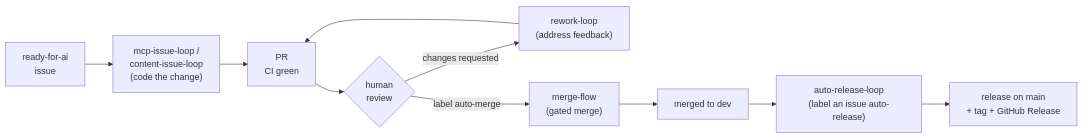
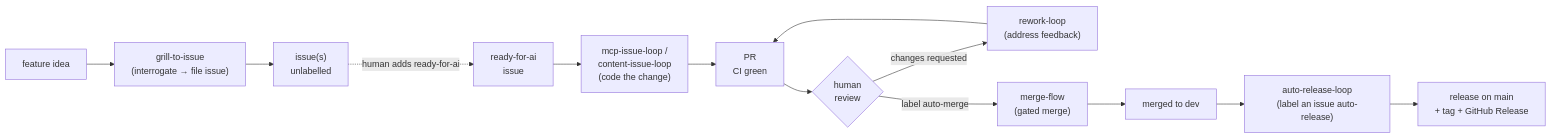
The first of 3 diagrams in docs/self-learning-system.md (hifi-phil/umbraco-mcp-ops), drawn with Mermaid before and after one commit. The commit also changed other lines of this file and 4 other files, not shown here.

````diff
--- a/docs/self-learning-system.md
+++ b/docs/self-learning-system.md
@@ -12,12 +12,15 @@
 ```mermaid
 flowchart LR
+    IDEA["feature idea"] --> GRILL["grill-to-issue<br/>(interrogate → file issue)"]
+    GRILL --> UNLABELLED["issue(s)<br/>unlabelled"]
+    UNLABELLED -. "human adds ready-for-ai" .-> ISSUE
     ISSUE["ready-for-ai<br/>issue"] --> CODE["mcp-issue-loop /<br/>content-issue-loop<br/>(code the change)"]
     CODE --> PR["PR<br/>CI green"]
     PR --> REVIEW{"human<br/>review"}
     REVIEW -->|"changes requested"| REWORK["rework-loop<br/>(address feedback)"]
     REWORK --> PR
     REVIEW -->|"label auto-merge"| MERGE["merge-flow<br/>(gated merge)"]
     MERGE --> MERGED["merged to dev"]
     MERGED --> REL["auto-release-loop<br/>(label an issue auto-release)"]
     REL --> SHIP["release on main<br/>+ tag + GitHub Release"]
 ```
````
